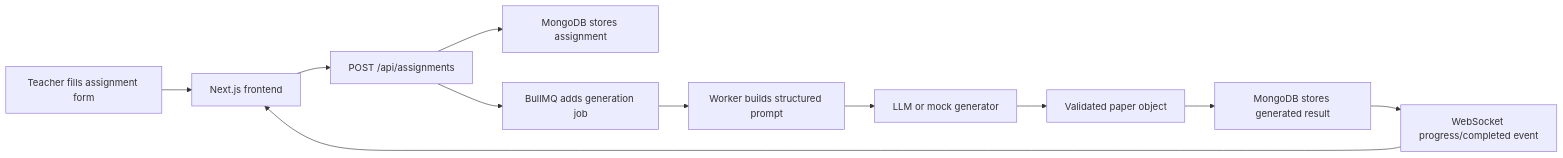
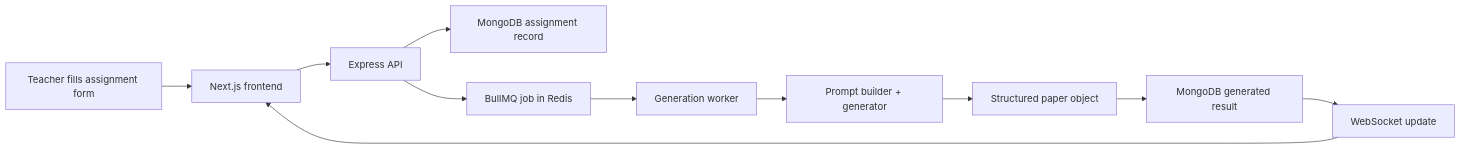
The diagram in README.md (aditiiisinghh/VedaAI-Exam-Builder), drawn with Mermaid before and after one commit. The commit also changed other lines of this file and 3 other files, not shown here.

````diff
--- a/README.md
+++ b/README.md
@@ -19,13 +41,13 @@
 ```mermaid
 flowchart LR
   A["Teacher fills assignment form"] --> B["Next.js frontend"]
-  B --> C["POST /api/assignments"]
-  C --> D["MongoDB stores assignment"]
-  C --> E["BullMQ adds generation job"]
-  E --> F["Worker builds structured prompt"]
-  F --> G["LLM or mock generator"]
-  G --> H["Validated paper object"]
-  H --> I["MongoDB stores generated result"]
-  I --> J["WebSocket progress/completed event"]
+  B --> C["Express API"]
+  C --> D["MongoDB assignment record"]
+  C --> E["BullMQ job in Redis"]
+  E --> F["Generation worker"]
+  F --> G["Prompt builder + generator"]
+  G --> H["Structured paper object"]
+  H --> I["MongoDB generated result"]
+  I --> J["WebSocket update"]
   J --> B
 ```
````
